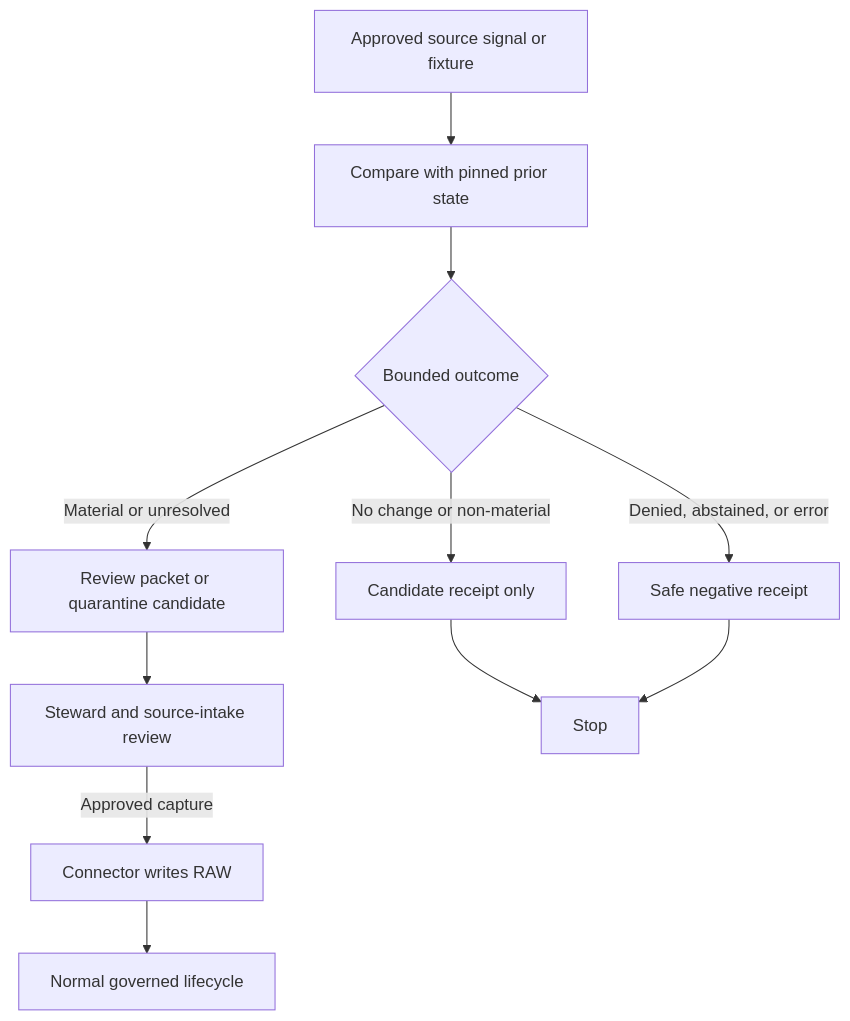
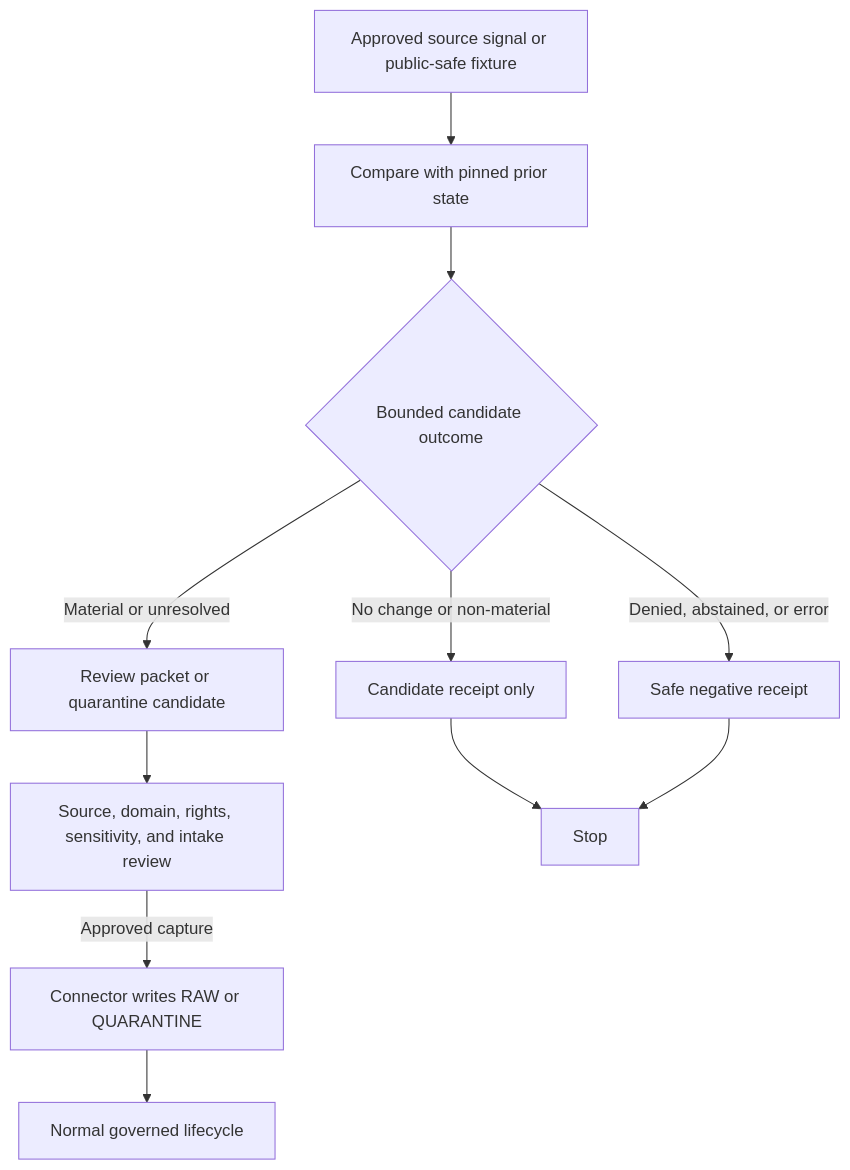
One commit to bartytime4life/Kansas-Frontier-Matrix changed the diagram in pipelines/watchers/README.md. Above: the diagram before and after it, drawn with Mermaid. The commit also changed other lines of this file, not shown here.

````diff
--- a/pipelines/watchers/README.md
+++ b/pipelines/watchers/README.md
@@ -312,13 +388,13 @@
 ```mermaid
 flowchart TD
-    A[Approved source signal or fixture] --> B[Compare with pinned prior state]
-    B --> C{Bounded outcome}
-    C -->|No change or non-material| D[Candidate receipt only]
-    C -->|Material or unresolved| E[Review packet or quarantine candidate]
-    C -->|Denied, abstained, or error| F[Safe negative receipt]
-    E --> G[Steward and source-intake review]
-    G -->|Approved capture| H[Connector writes RAW]
-    H --> I[Normal governed lifecycle]
-    D --> J[Stop]
+    A["Approved source signal or public-safe fixture"] --> B["Compare with pinned prior state"]
+    B --> C{"Bounded candidate outcome"}
+    C -->|No change or non-material| D["Candidate receipt only"]
+    C -->|Material or unresolved| E["Review packet or quarantine candidate"]
+    C -->|Denied, abstained, or error| F["Safe negative receipt"]
+    E --> G["Source, domain, rights, sensitivity, and intake review"]
+    G -->|Approved capture| H["Connector writes RAW or QUARANTINE"]
+    H --> I["Normal governed lifecycle"]
+    D --> J["Stop"]
     F --> J
 ```
````
